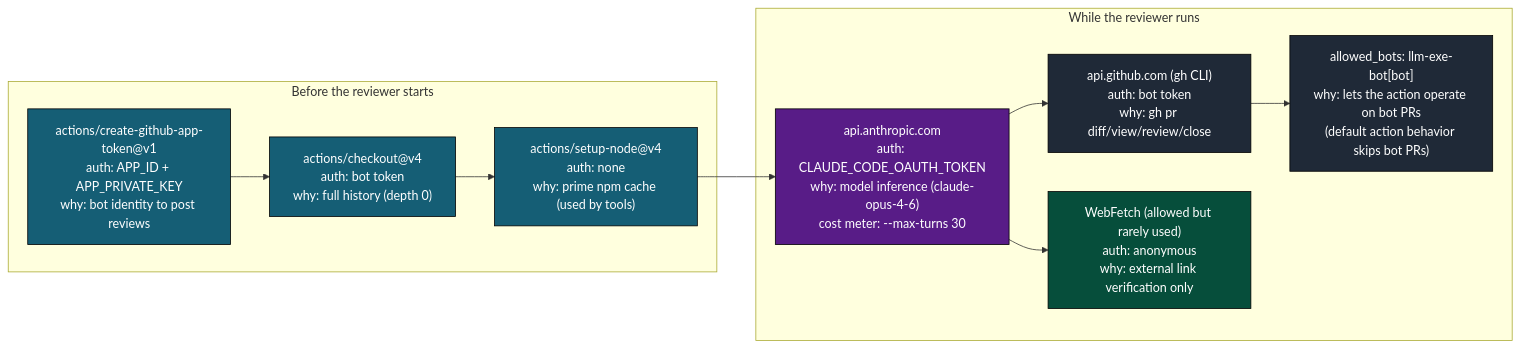
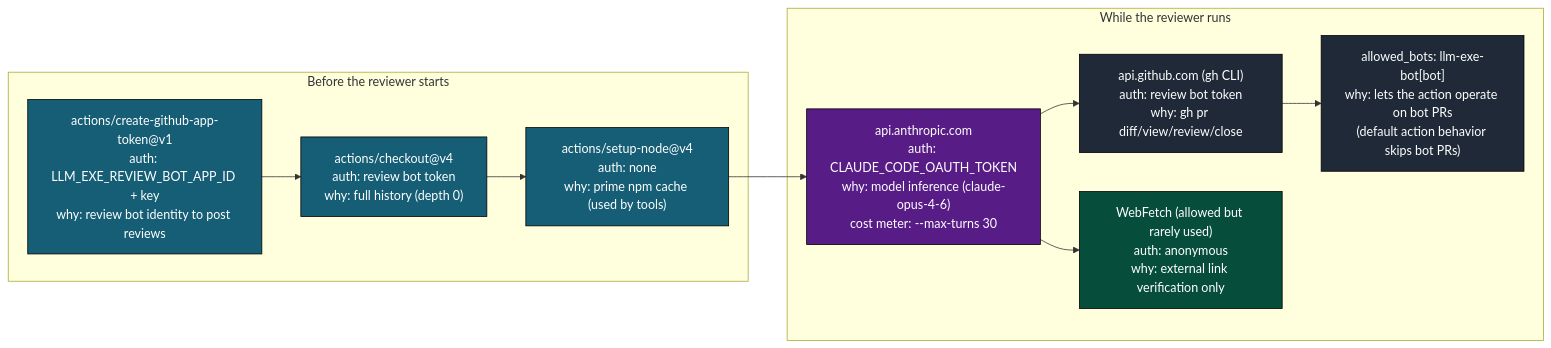
The seventh of 12 diagrams in .github/docs/AGENT_REVIEW_PR_DEEP_DIVE.md (gregreindel/llm-exe), drawn with Mermaid before and after one commit. The commit also changed other lines of this file and 2 other files, not shown here.

Commit message:
use review bot in workflows

````diff
--- a/.github/docs/AGENT_REVIEW_PR_DEEP_DIVE.md
+++ b/.github/docs/AGENT_REVIEW_PR_DEEP_DIVE.md
@@ -344,27 +350,27 @@
 ```mermaid
 flowchart LR
     classDef pre fill:#155e75,color:#fff,stroke:#000
     classDef llm fill:#581c87,color:#fff,stroke:#000
     classDef gh fill:#1f2937,color:#fff,stroke:#000
     classDef web fill:#064e3b,color:#fff,stroke:#000
 
     subgraph Pre["Before the reviewer starts"]
-        c1["actions/create-github-app-token@v1\nauth: APP_ID + APP_PRIVATE_KEY\nwhy: bot identity to post reviews"]:::pre
-        c2["actions/checkout@v4\nauth: bot token\nwhy: full history (depth 0)"]:::pre
+        c1["actions/create-github-app-token@v1\nauth: LLM_EXE_REVIEW_BOT_APP_ID + key\nwhy: review bot identity to post reviews"]:::pre
+        c2["actions/checkout@v4\nauth: review bot token\nwhy: full history (depth 0)"]:::pre
         c3["actions/setup-node@v4\nauth: none\nwhy: prime npm cache (used by tools)"]:::pre
     end
 
     subgraph During["While the reviewer runs"]
         d1["api.anthropic.com\nauth: CLAUDE_CODE_OAUTH_TOKEN\nwhy: model inference (claude-opus-4-6)\ncost meter: --max-turns 30"]:::llm
-        d2["api.github.com (gh CLI)\nauth: bot token\nwhy: gh pr diff/view/review/close"]:::gh
+        d2["api.github.com (gh CLI)\nauth: review bot token\nwhy: gh pr diff/view/review/close"]:::gh
         d3["allowed_bots: llm-exe-bot[bot]\nwhy: lets the action operate on bot PRs\n(default action behavior skips bot PRs)"]:::gh
         d4["WebFetch (allowed but rarely used)\nauth: anonymous\nwhy: external link verification only"]:::web
     end
 
     c1 --> c2
     c2 --> c3
     c3 --> d1
     d1 --> d2
     d2 --> d3
     d1 --> d4
 ```
````
